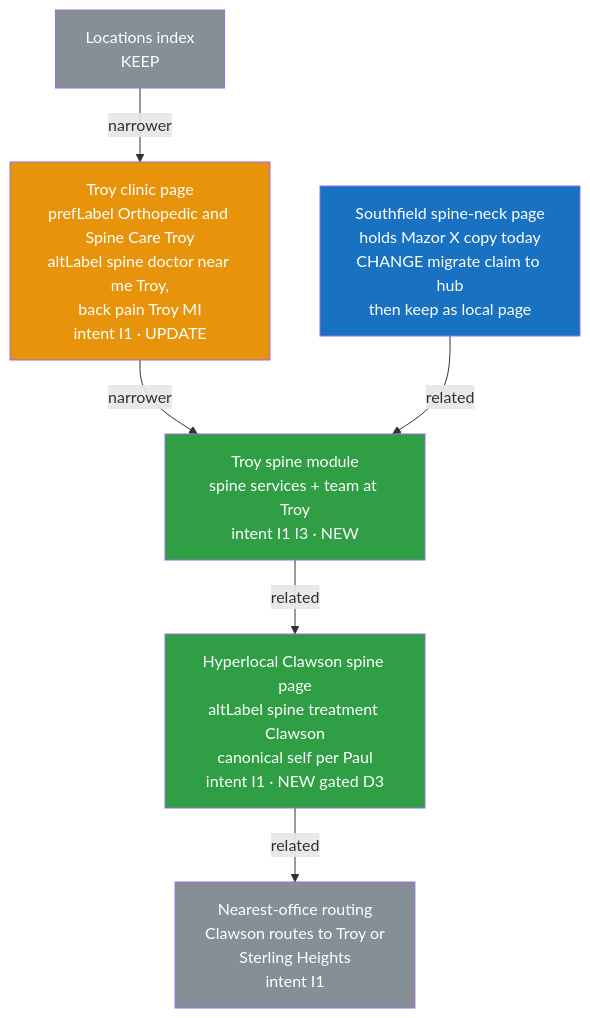
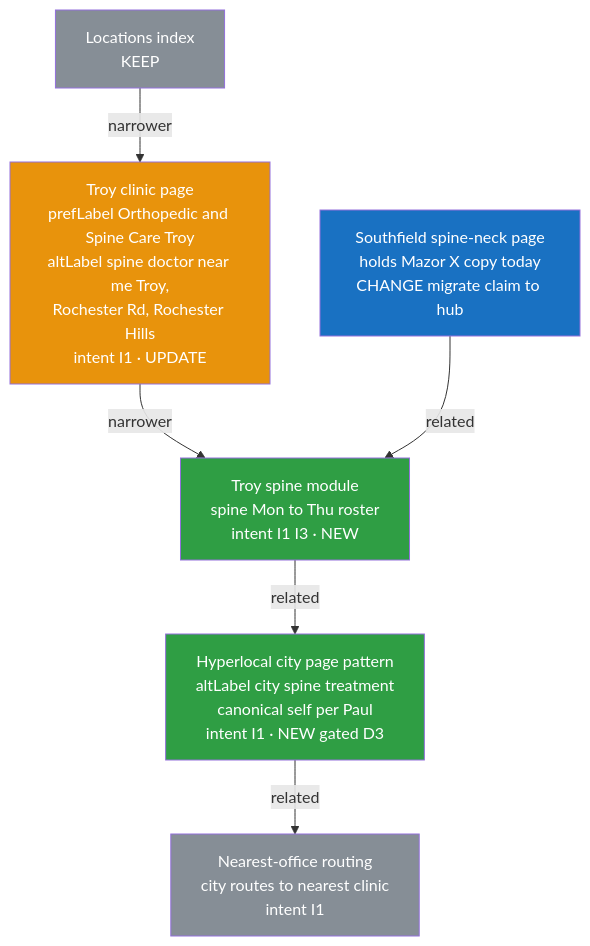
Before and after one commit to JosephAndrewMacLean/SHP: the third of 8 diagrams in playbooks/spine-semantic-model.md, drawn with Mermaid. The commit also changed other lines of this file and 6 other files, not shown here.

````diff
--- a/playbooks/spine-semantic-model.md
+++ b/playbooks/spine-semantic-model.md
@@ -171,24 +172,24 @@
 ```mermaid
 flowchart TD
     LOCHUB[Locations index<br/>KEEP]
-    TROY[Troy clinic page<br/>prefLabel Orthopedic and Spine Care Troy<br/>altLabel spine doctor near me Troy,<br/>back pain Troy MI<br/>intent I1 · UPDATE]
-    TROYSPINE[Troy spine module<br/>spine services + team at Troy<br/>intent I1 I3 · NEW]
-    SFSPINE[Southfield spine-neck page<br/>holds Mazor X copy today<br/>CHANGE migrate claim to hub<br/>then keep as local page]
-    CLAWSON[Hyperlocal Clawson spine page<br/>altLabel spine treatment Clawson<br/>canonical self per Paul<br/>intent I1 · NEW gated D3]
-    ROUTE[Nearest-office routing<br/>Clawson routes to Troy or<br/>Sterling Heights<br/>intent I1]
+    TROY[Troy clinic page<br/>prefLabel Orthopedic and Spine Care Troy<br/>altLabel spine doctor near me Troy,<br/>Rochester Rd, Rochester Hills<br/>intent I1 · UPDATE]
+    TROYSPINE[Troy spine module<br/>spine Mon to Thu roster<br/>intent I1 I3 · NEW]
+    SFSPINE[Southfield spine-neck page<br/>holds Mazor X copy today<br/>CHANGE migrate claim to hub]
+    CLAWSON[Hyperlocal city page pattern<br/>altLabel city spine treatment<br/>canonical self per Paul<br/>intent I1 · NEW gated D3]
+    ROUTE[Nearest-office routing<br/>city routes to nearest clinic<br/>intent I1]
 
     LOCHUB -->|narrower| TROY
     TROY -->|narrower| TROYSPINE
     TROYSPINE -->|related| CLAWSON
     CLAWSON -->|related| ROUTE
     SFSPINE -->|related| TROYSPINE
 
     classDef newN fill:#2f9e44,color:#fff
     classDef updN fill:#e8930c,color:#fff
     classDef chgN fill:#1971c2,color:#fff
     classDef keepN fill:#868e96,color:#fff
     class TROYSPINE,CLAWSON newN
     class TROY updN
     class SFSPINE chgN
     class LOCHUB,ROUTE keepN
 ```
````
